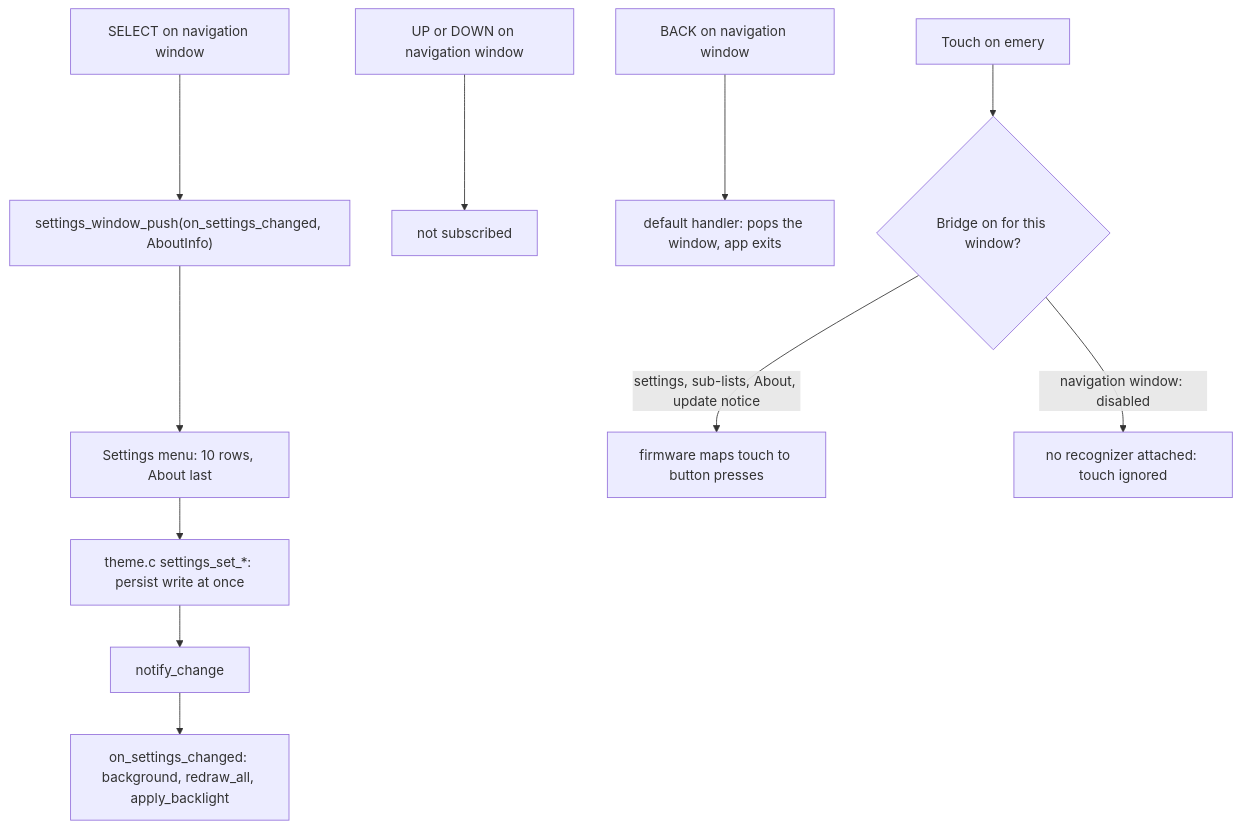
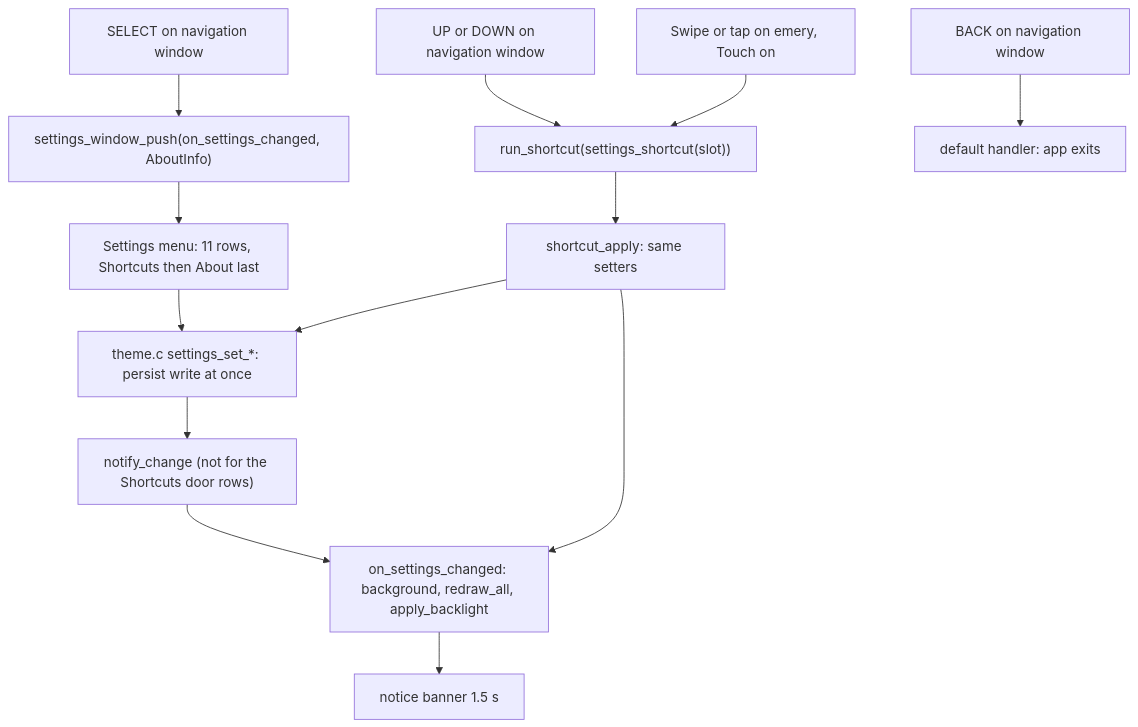
The second of 9 diagrams in aidlc/spaces/default/codekb/PebbleNTN/architecture.md (optio/PebbleNTN), drawn with Mermaid before and after one commit. The commit also changed other lines of this file and 29 other files, not shown here.

````diff
--- a/aidlc/spaces/default/codekb/PebbleNTN/architecture.md
+++ b/aidlc/spaces/default/codekb/PebbleNTN/architecture.md
@@ -100,13 +103,15 @@
 ```mermaid
 flowchart TD
   SEL["SELECT on navigation window"] --> PUSH["settings_window_push(on_settings_changed, AboutInfo)"]
-  PUSH --> MENU["Settings menu: 10 rows, About last"]
+  PUSH --> MENU["Settings menu: 11 rows, Shortcuts then About last"]
   MENU --> SET["theme.c settings_set_*: persist write at once"]
-  SET --> NOTE["notify_change"]
+  SET --> NOTE["notify_change (not for the Shortcuts door rows)"]
   NOTE --> APPLY["on_settings_changed: background, redraw_all, apply_backlight"]
-  UD["UP or DOWN on navigation window"] --> IGN1["not subscribed"]
-  BK["BACK on navigation window"] --> EXIT["default handler: pops the window, app exits"]
-  T["Touch on emery"] --> BR{"Bridge on for this window?"}
-  BR -- "settings, sub-lists, About, update notice" --> BTN["firmware maps touch to button presses"]
-  BR -- "navigation window: disabled" --> IGN2["no recognizer attached: touch ignored"]
+  UD["UP or DOWN on navigation window"] --> RUN["run_shortcut(settings_shortcut(slot))"]
+  T["Swipe or tap on emery, Touch on"] --> RUN
+  RUN --> SA["shortcut_apply: same setters"]
+  SA --> SET
+  SA --> APPLY
+  APPLY --> BAN["notice banner 1.5 s"]
+  BK["BACK on navigation window"] --> EXIT["default handler: app exits"]
 ```
````
